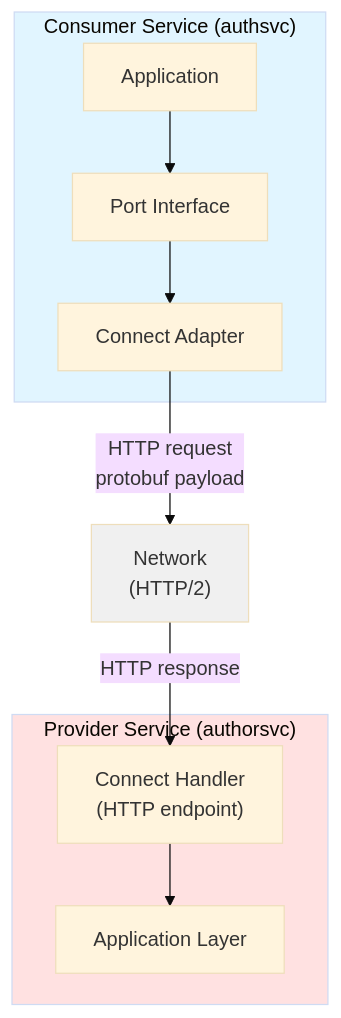
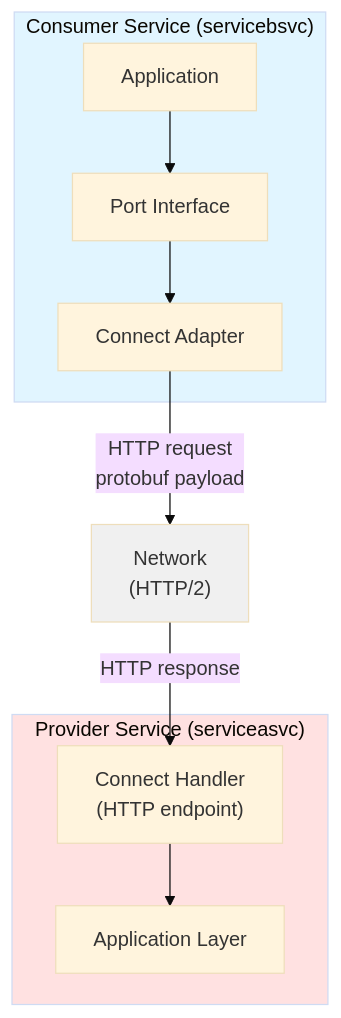
One commit to pivaldi/go-modular-monolith-white-paper changed the second of 2 diagrams in protobuf-contracts.md. Above: the diagram before and after it, drawn with Mermaid (base theme). The commit also changed other lines of this file and 20 other files, not shown here.

Commit message:
Bridge to Contract Definition Architecture Refactoring

````diff
--- a/protobuf-contracts.md
+++ b/protobuf-contracts.md
@@ -86,27 +86,27 @@
 ```mermaid
 graph TB
-    subgraph consumer["Consumer Service (authsvc)"]
+    subgraph consumer["Consumer Service (servicebsvc)"]
         app2["Application"]
         port2["Port Interface"]
         adapter2["Connect Adapter"]
 
         app2 --> port2
         port2 --> adapter2
     end
 
     network["Network<br/>(HTTP/2)"]
 
-    subgraph provider2["Provider Service (authorsvc)"]
+    subgraph provider2["Provider Service (serviceasvc)"]
         handler["Connect Handler<br/>(HTTP endpoint)"]
         app_layer2["Application Layer"]
 
         handler --> app_layer2
     end
 
     adapter2 -->|"HTTP request<br/>protobuf payload"| network
     network -->|"HTTP response"| handler
 
     style consumer fill:#e1f5ff
     style network fill:#f0f0f0
     style provider2 fill:#ffe1e1
 ```
````
